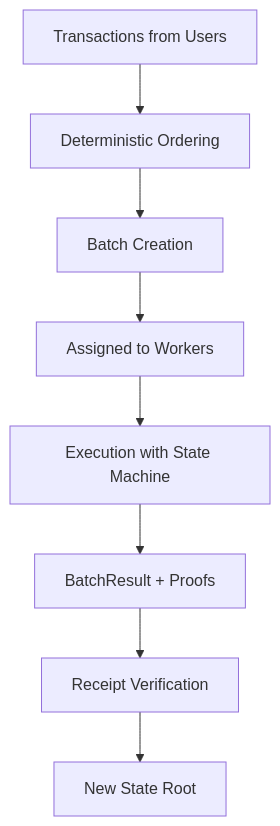
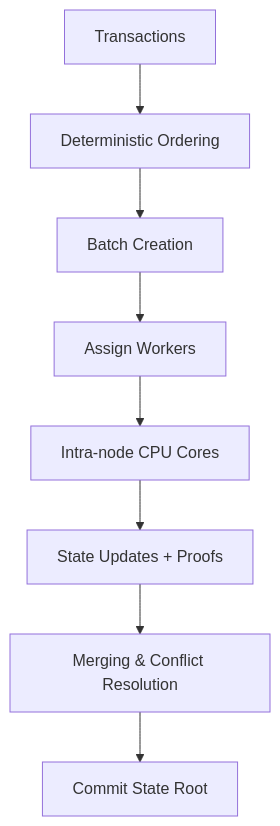
The first of 2 diagrams in README.md (0xUnavailable/DeSync-V0), drawn with Mermaid before and after one commit. The commit also changed other lines of this file and 6 other files, not shown here.

Commit message:
Intra node execution (cores), next IAVL

`````diff
--- a/README.md
+++ b/README.md
@@ -28,10 +159,10 @@
 ```mermaid
 flowchart TD
-    A[Transactions from Users] --> B[Deterministic Ordering]
+    A[Transactions] --> B[Deterministic Ordering]
     B --> C[Batch Creation]
-    C --> D[Assigned to Workers]
-    D --> E[Execution with State Machine]
-    E --> F[BatchResult + Proofs]
-    F --> G[Receipt Verification]
-    G --> H[New State Root]
-````
+    C --> D[Assign Workers]
+    D --> E[Intra-node CPU Cores]
+    E --> F[State Updates + Proofs]
+    F --> G[Merging & Conflict Resolution]
+    G --> H[Commit State Root]
+```
`````
